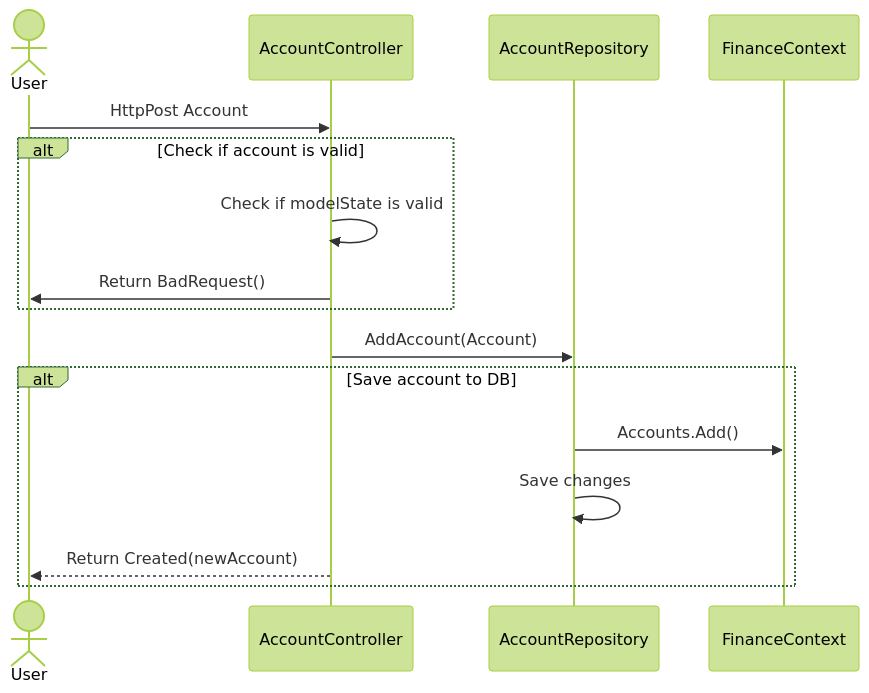
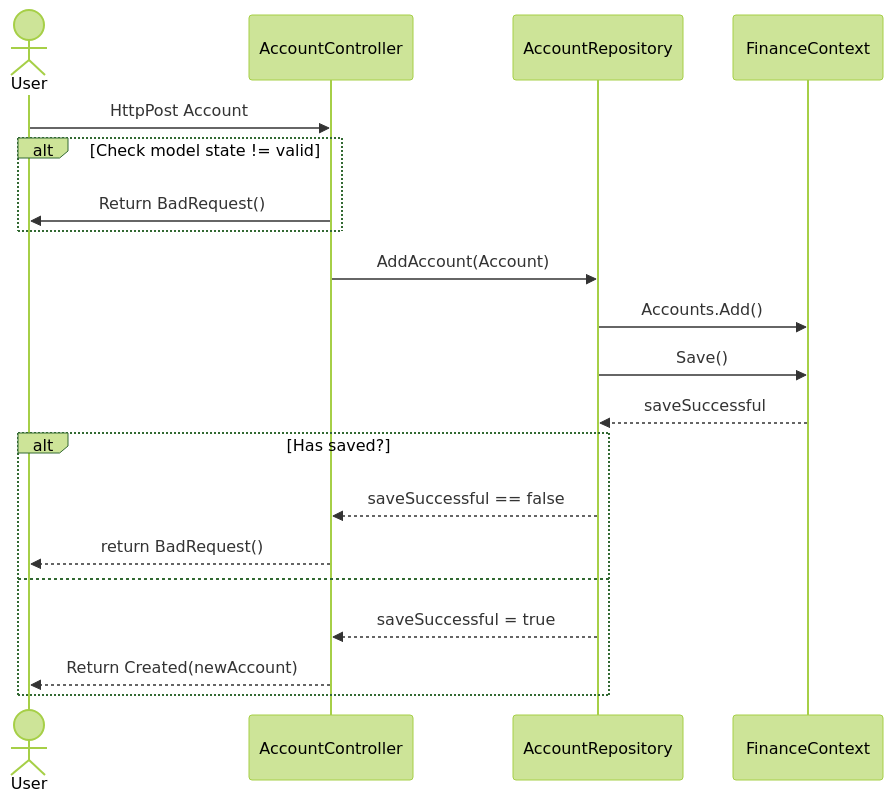
The diagram in TransactionService/Docs/Diagrams/SequenceDiagram.md (JET-NilsM/Practice-FinanceApp), drawn with Mermaid (forest theme) before and after one commit.

Commit message:
Added result of account creation in sequence diagram

````diff
--- a/TransactionService/Docs/Diagrams/SequenceDiagram.md
+++ b/TransactionService/Docs/Diagrams/SequenceDiagram.md
@@ -1,18 +1,22 @@
 ```mermaid
 sequenceDiagram
     actor User
 
         User->>AccountController: HttpPost Account
-        alt Check if account is valid
-        AccountController->>AccountController: Check if modelState is valid
+        alt Check model state != valid
         AccountController->>User: Return BadRequest()
         end
         AccountController->>AccountRepository: AddAccount(Account)
+        AccountRepository->>FinanceContext: Accounts.Add() 
+        AccountRepository->>FinanceContext : Save()
+        FinanceContext-->>AccountRepository : saveSuccessful
         
-        alt Save account to DB
-        AccountRepository->>FinanceContext: Accounts.Add() 
-        AccountRepository->>AccountRepository : Save changes
-        AccountController-->>User : Return Created(newAccount)
+        alt Has saved?
+        AccountRepository-->>AccountController : saveSuccessful == false
+        AccountController-->>User : return BadRequest()
+        else 
+            AccountRepository-->>AccountController : saveSuccessful = true
+            AccountController-->>User : Return Created(newAccount)
         end
         
 ```
````
